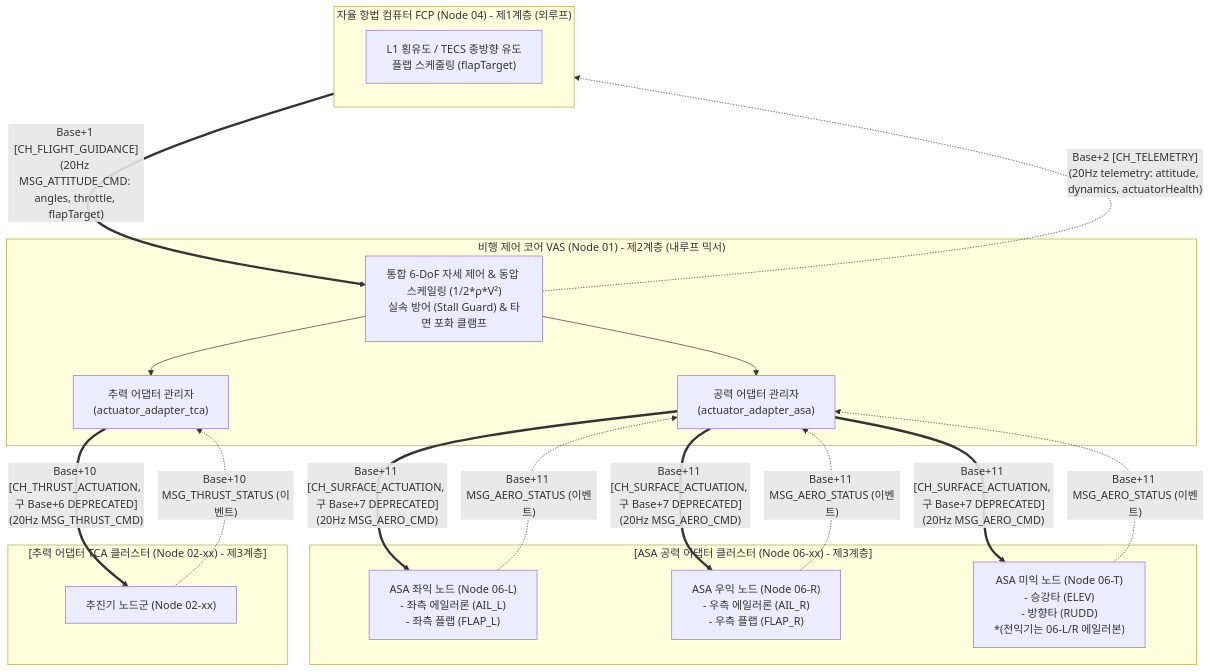
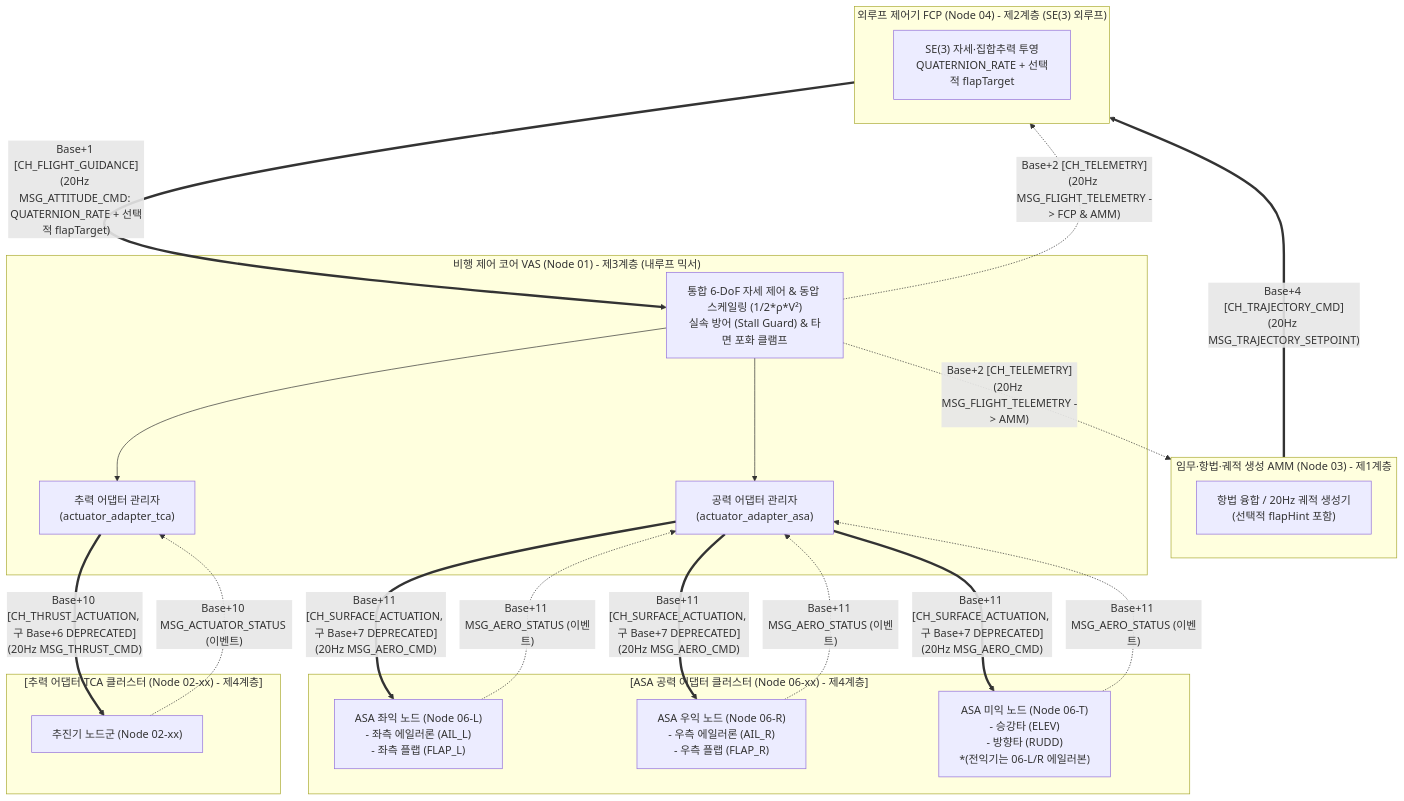
The first of 3 diagrams in docs/specs/1_control/asa/ASA_PROGRAM_SPECIFICATION.md (Polimachi/Aeroneutics_Autopilot), drawn with Mermaid before and after one commit. The commit also changed other lines of this file and 18 other files, not shown here.

Commit message:
docs(specs): shrink FCP to SE(3) outer-loop and migrate gateway/nav/mission ownership to AMM (TASK-206)

````diff
--- a/docs/specs/1_control/asa/ASA_PROGRAM_SPECIFICATION.md
+++ b/docs/specs/1_control/asa/ASA_PROGRAM_SPECIFICATION.md
@@ -44,39 +46,45 @@
 ```mermaid
 flowchart TD
-    subgraph FCP_NODE["자율 항법 컴퓨터 FCP (Node 04) - 제1계층 (외루프)"]
-        L1_TECS["L1 횡유도 / TECS 종방향 유도<br/>플랩 스케줄링 (flapTarget)"]
+    subgraph AMM_NODE["임무·항법·궤적 생성 AMM (Node 03) - 제1계층"]
+        TRAJ["항법 융합 / 20Hz 궤적 생성기<br/>(선택적 flapHint 포함)"]
     end
 
-    subgraph CORE_NODE["비행 제어 코어 VAS (Node 01) - 제2계층 (내루프 믹서)"]
+    subgraph FCP_NODE["외루프 제어기 FCP (Node 04) - 제2계층 (SE(3) 외루프)"]
+        SE3_OUT["SE(3) 자세·집합추력 투영<br/>QUATERNION_RATE + 선택적 flapTarget"]
+    end
+
+    subgraph CORE_NODE["비행 제어 코어 VAS (Node 01) - 제3계층 (내루프 믹서)"]
         CORE_MIX["통합 6-DoF 자세 제어 & 동압 스케일링 (1/2*ρ*V²)<br/>실속 방어 (Stall Guard) & 타면 포화 클램프"]
         ADAPT_TAP["추력 어댑터 관리자<br/>(actuator_adapter_tca)"]
         ADAPT_ASA["공력 어댑터 관리자<br/>(actuator_adapter_asa)"]
         CORE_MIX --> ADAPT_TAP
         CORE_MIX --> ADAPT_ASA
     end
 
-    subgraph ASA_CLUSTER["[ASA 공력 어댑터 클러스터 (Node 06-xx) - 제3계층]"]
+    subgraph ASA_CLUSTER["[ASA 공력 어댑터 클러스터 (Node 06-xx) - 제4계층]"]
         ASA_L["ASA 좌익 노드 (Node 06-L)<br/>- 좌측 에일러론 (AIL_L)<br/>- 좌측 플랩 (FLAP_L)"]
         ASA_R["ASA 우익 노드 (Node 06-R)<br/>- 우측 에일러론 (AIL_R)<br/>- 우측 플랩 (FLAP_R)"]
         ASA_T["ASA 미익 노드 (Node 06-T)<br/>- 승강타 (ELEV)<br/>- 방향타 (RUDD)<br/>*(전익기는 06-L/R 에일러본)"]
     end
 
-    subgraph TAP_CLUSTER["[추력 어댑터 TCA 클러스터 (Node 02-xx) - 제3계층]"]
+    subgraph TAP_CLUSTER["[추력 어댑터 TCA 클러스터 (Node 02-xx) - 제4계층]"]
         TAP_PODS["추진기 노드군 (Node 02-xx)"]
     end
 
     %% 제어 링크
-    FCP_NODE ==>|"Base+1 [CH_FLIGHT_GUIDANCE]<br/>(20Hz MSG_ATTITUDE_CMD: angles, throttle, flapTarget)"| CORE_MIX
-    CORE_MIX -.->|"Base+2 [CH_TELEMETRY]<br/>(20Hz telemetry: attitude, dynamics, actuatorHealth)"| FCP_NODE
+    AMM_NODE ==>|"Base+4 [CH_TRAJECTORY_CMD]<br/>(20Hz MSG_TRAJECTORY_SETPOINT)"| FCP_NODE
+    FCP_NODE ==>|"Base+1 [CH_FLIGHT_GUIDANCE]<br/>(20Hz MSG_ATTITUDE_CMD: QUATERNION_RATE + 선택적 flapTarget)"| CORE_MIX
+    CORE_MIX -.->|"Base+2 [CH_TELEMETRY]<br/>(20Hz MSG_FLIGHT_TELEMETRY -> FCP & AMM)"| FCP_NODE
+    CORE_MIX -.->|"Base+2 [CH_TELEMETRY]<br/>(20Hz MSG_FLIGHT_TELEMETRY -> AMM)"| AMM_NODE
 
     ADAPT_ASA ==>|"Base+11 [CH_SURFACE_ACTUATION, 구 Base+7 DEPRECATED]<br/>(20Hz MSG_AERO_CMD)"| ASA_L
     ADAPT_ASA ==>|"Base+11 [CH_SURFACE_ACTUATION, 구 Base+7 DEPRECATED]<br/>(20Hz MSG_AERO_CMD)"| ASA_R
     ADAPT_ASA ==>|"Base+11 [CH_SURFACE_ACTUATION, 구 Base+7 DEPRECATED]<br/>(20Hz MSG_AERO_CMD)"| ASA_T
 
     ASA_L -.->|"Base+11 MSG_AERO_STATUS (이벤트)"| ADAPT_ASA
     ASA_R -.->|"Base+11 MSG_AERO_STATUS (이벤트)"| ADAPT_ASA
     ASA_T -.->|"Base+11 MSG_AERO_STATUS (이벤트)"| ADAPT_ASA
 
     ADAPT_TAP ==>|"Base+10 [CH_THRUST_ACTUATION, 구 Base+6 DEPRECATED]<br/>(20Hz MSG_THRUST_CMD)"| TAP_PODS
-    TAP_PODS -.->|"Base+10 MSG_THRUST_STATUS (이벤트)"| ADAPT_TAP
+    TAP_PODS -.->|"Base+10 MSG_ACTUATOR_STATUS (이벤트)"| ADAPT_TAP
 ```
````
